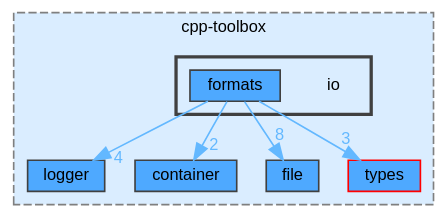
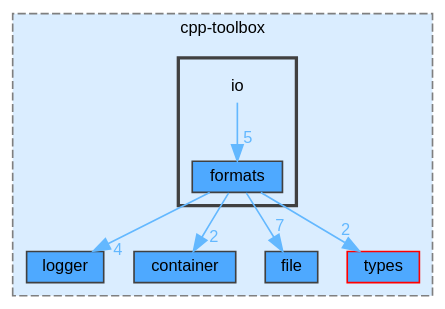
Before and after one commit to nerdneilsfield/cpp-toolbox: the diagram in dir_0525589dda1abc1cfa65fd0da343267e_dep.dot, drawn with Graphviz. The commit also changed 52 other files, not shown here.

```diff
--- a/dir_0525589dda1abc1cfa65fd0da343267e_dep.dot
+++ b/dir_0525589dda1abc1cfa65fd0da343267e_dep.dot
@@ -1,24 +1,25 @@
 digraph "src/include/cpp-toolbox/io"
 {
  // LATEX_PDF_SIZE
   bgcolor="transparent";
   edge [fontname=Helvetica,fontsize=10,labelfontname=Helvetica,labelfontsize=10];
   node [fontname=Helvetica,fontsize=10,shape=box,height=0.2,width=0.4];
   compound=true
   subgraph clusterdir_09c6140c2956544491238e129f11fd9f {
     graph [ bgcolor="#daedff", pencolor="grey50", label="cpp-toolbox", fontname=Helvetica,fontsize=10 style="filled,dashed", URL="dir_09c6140c2956544491238e129f11fd9f.html",tooltip=""]
   dir_40d9b6a4c321e73b85093107dc465522 [label="logger", fillcolor="#4ea9ff", color="grey25", style="filled", URL="dir_40d9b6a4c321e73b85093107dc465522.html",tooltip=""];
   dir_5e35b7373085dba8dab58644e4548795 [label="container", fillcolor="#4ea9ff", color="grey25", style="filled", URL="dir_5e35b7373085dba8dab58644e4548795.html",tooltip=""];
   dir_b5aa90370c16f0962bf4137c01c04103 [label="file", fillcolor="#4ea9ff", color="grey25", style="filled", URL="dir_b5aa90370c16f0962bf4137c01c04103.html",tooltip=""];
   dir_d073c017754f5bdb7e8e1de8ad13b99a [label="types", fillcolor="#4ea9ff", color="red", style="filled", URL="dir_d073c017754f5bdb7e8e1de8ad13b99a.html",tooltip=""];
   subgraph clusterdir_0525589dda1abc1cfa65fd0da343267e {
     graph [ bgcolor="#daedff", pencolor="grey25", label="", fontname=Helvetica,fontsize=10 style="filled,bold", URL="dir_0525589dda1abc1cfa65fd0da343267e.html",tooltip=""]
     dir_0525589dda1abc1cfa65fd0da343267e [shape=plaintext, label="io"];
   dir_1d45bcc800627d18cbc66f5a2df2fc7a [label="formats", fillcolor="#4ea9ff", color="grey25", style="filled", URL="dir_1d45bcc800627d18cbc66f5a2df2fc7a.html",tooltip=""];
   }
   }
+  dir_0525589dda1abc1cfa65fd0da343267e->dir_1d45bcc800627d18cbc66f5a2df2fc7a [headlabel="5", labeldistance=1.5 headhref="dir_000014_000008.html" href="dir_000014_000008.html" color="steelblue1" fontcolor="steelblue1"];
   dir_1d45bcc800627d18cbc66f5a2df2fc7a->dir_40d9b6a4c321e73b85093107dc465522 [headlabel="4", labeldistance=1.5 headhref="dir_000008_000015.html" href="dir_000008_000015.html" color="steelblue1" fontcolor="steelblue1"];
   dir_1d45bcc800627d18cbc66f5a2df2fc7a->dir_5e35b7373085dba8dab58644e4548795 [headlabel="2", labeldistance=1.5 headhref="dir_000008_000002.html" href="dir_000008_000002.html" color="steelblue1" fontcolor="steelblue1"];
-  dir_1d45bcc800627d18cbc66f5a2df2fc7a->dir_b5aa90370c16f0962bf4137c01c04103 [headlabel="8", labeldistance=1.5 headhref="dir_000008_000007.html" href="dir_000008_000007.html" color="steelblue1" fontcolor="steelblue1"];
-  dir_1d45bcc800627d18cbc66f5a2df2fc7a->dir_d073c017754f5bdb7e8e1de8ad13b99a [headlabel="3", labeldistance=1.5 headhref="dir_000008_000021.html" href="dir_000008_000021.html" color="steelblue1" fontcolor="steelblue1"];
+  dir_1d45bcc800627d18cbc66f5a2df2fc7a->dir_b5aa90370c16f0962bf4137c01c04103 [headlabel="7", labeldistance=1.5 headhref="dir_000008_000007.html" href="dir_000008_000007.html" color="steelblue1" fontcolor="steelblue1"];
+  dir_1d45bcc800627d18cbc66f5a2df2fc7a->dir_d073c017754f5bdb7e8e1de8ad13b99a [headlabel="2", labeldistance=1.5 headhref="dir_000008_000021.html" href="dir_000008_000021.html" color="steelblue1" fontcolor="steelblue1"];
 }
```
